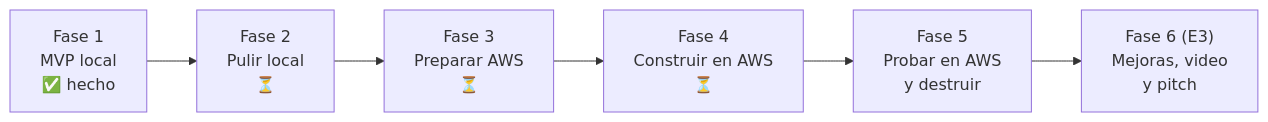
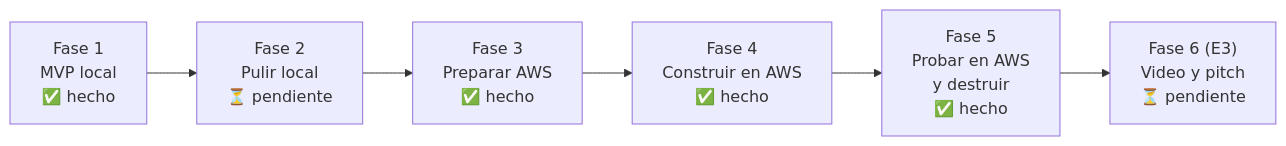
Before and after one commit to Cualquiera-INC/proyecto_hackaton_cualquiera_inc: the diagram in docs/07-plan-y-fases.md, drawn with Mermaid. The commit also changed other lines of this file and 2 other files, not shown here.

Commit message:
docs: plan y fases al 27-11 y pitch final

````diff
--- a/docs/07-plan-y-fases.md
+++ b/docs/07-plan-y-fases.md
@@ -24,8 +13,8 @@
 ```mermaid
 flowchart LR
-    F1["Fase 1<br/>MVP local<br/>✅ hecho"] --> F2["Fase 2<br/>Pulir local<br/>⏳"]
-    F2 --> F3["Fase 3<br/>Preparar AWS<br/>⏳"]
-    F3 --> F4["Fase 4<br/>Construir en AWS<br/>⏳"]
-    F4 --> F5["Fase 5<br/>Probar en AWS<br/>y destruir"]
-    F5 --> F6["Fase 6 (E3)<br/>Mejoras, video<br/>y pitch"]
+    F1["Fase 1<br/>MVP local<br/>✅ hecho"] --> F2["Fase 2<br/>Pulir local<br/>⏳ pendiente"]
+    F2 --> F3["Fase 3<br/>Preparar AWS<br/>✅ hecho"]
+    F3 --> F4["Fase 4<br/>Construir en AWS<br/>✅ hecho"]
+    F4 --> F5["Fase 5<br/>Probar en AWS<br/>y destruir<br/>✅ hecho"]
+    F5 --> F6["Fase 6 (E3)<br/>Video y pitch<br/>⏳ pendiente"]
 ```
````
